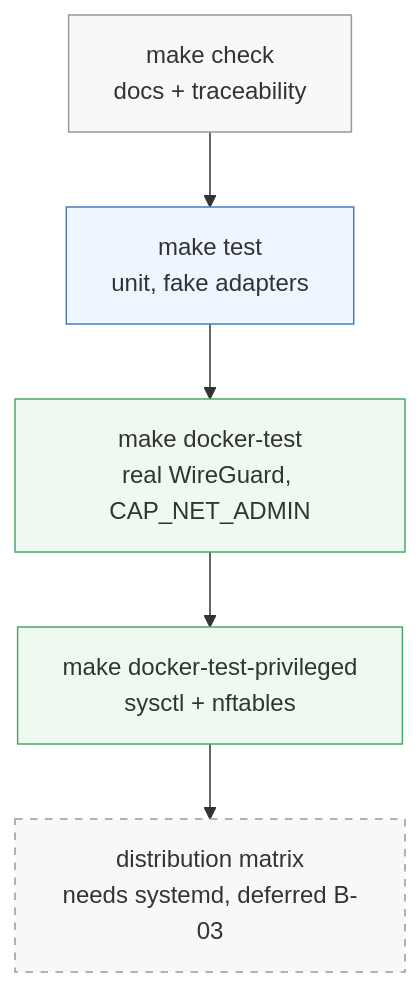
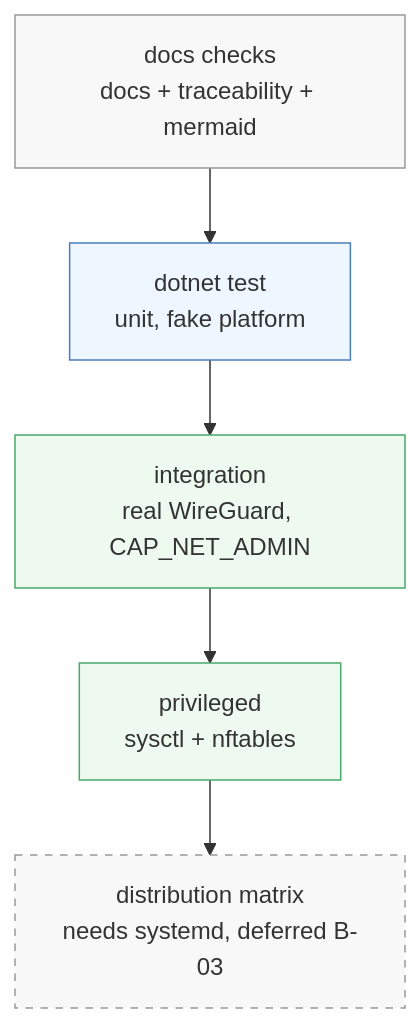
Before and after one commit to vinh466/wg-agent: the diagram in docs/50-guides/running-tests.md, drawn with Mermaid. The commit also changed other lines of this file and 8 other files, not shown here.

````diff
--- a/docs/50-guides/running-tests.md
+++ b/docs/50-guides/running-tests.md
@@ -14,16 +14,16 @@
 ```mermaid
 graph TD
-  C["make check<br/>docs + traceability"] --> U["make test<br/>unit, fake adapters"]
-  U --> I["make docker-test<br/>real WireGuard, CAP_NET_ADMIN"]
-  I --> P["make docker-test-privileged<br/>sysctl + nftables"]
+  C["docs checks<br/>docs + traceability + mermaid"] --> U["dotnet test<br/>unit, fake platform"]
+  U --> I["integration<br/>real WireGuard, CAP_NET_ADMIN"]
+  I --> P["privileged<br/>sysctl + nftables"]
   P --> M["distribution matrix<br/>needs systemd, deferred B-03"]
 
   classDef none fill:#f8f8f8,stroke:#999
   classDef host fill:#eef6ff,stroke:#4a7ebb
   classDef ctr fill:#eefaf0,stroke:#4aa86b
   classDef off fill:#f8f8f8,stroke:#999,stroke-dasharray: 5 5
   class C none
   class U host
   class I,P ctr
   class M off
 ```
````
